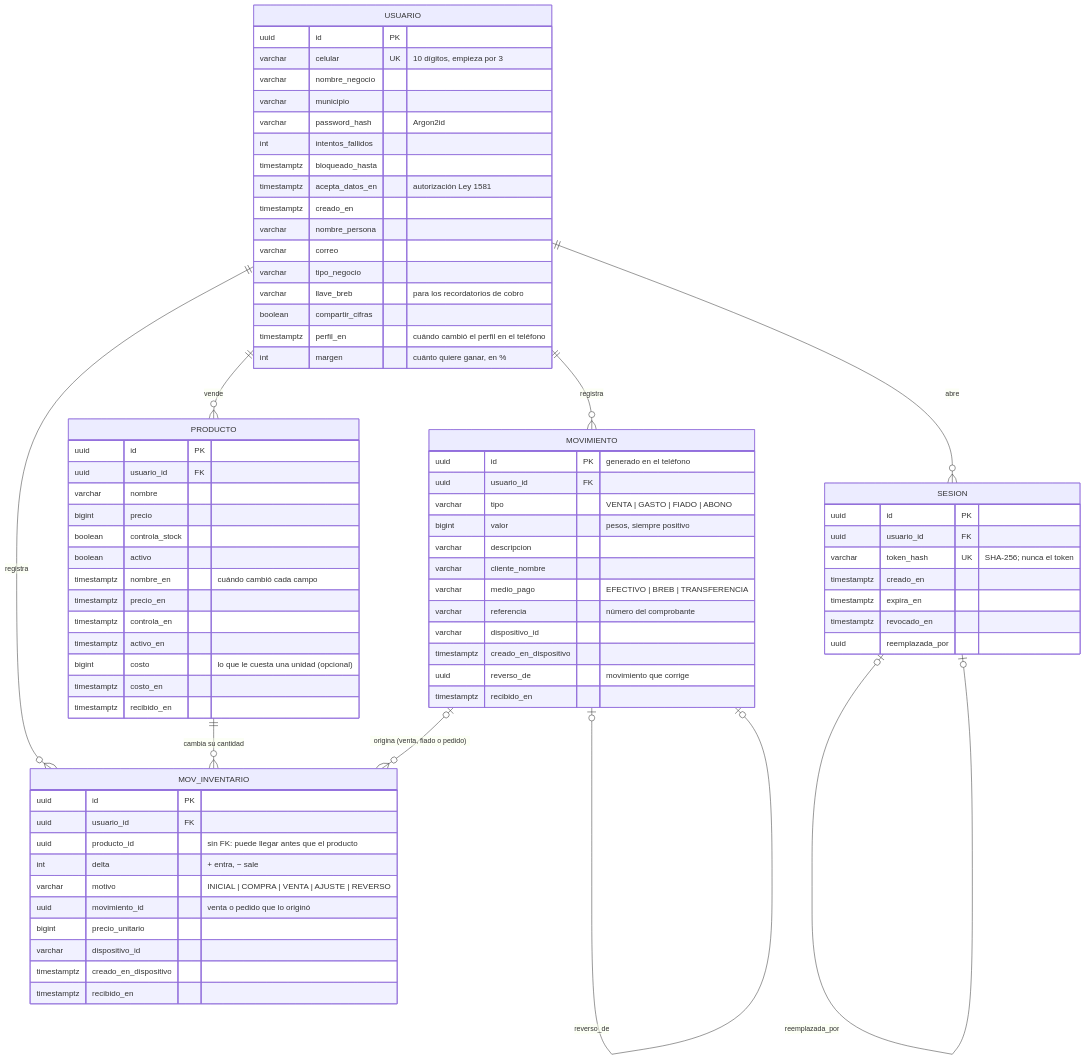
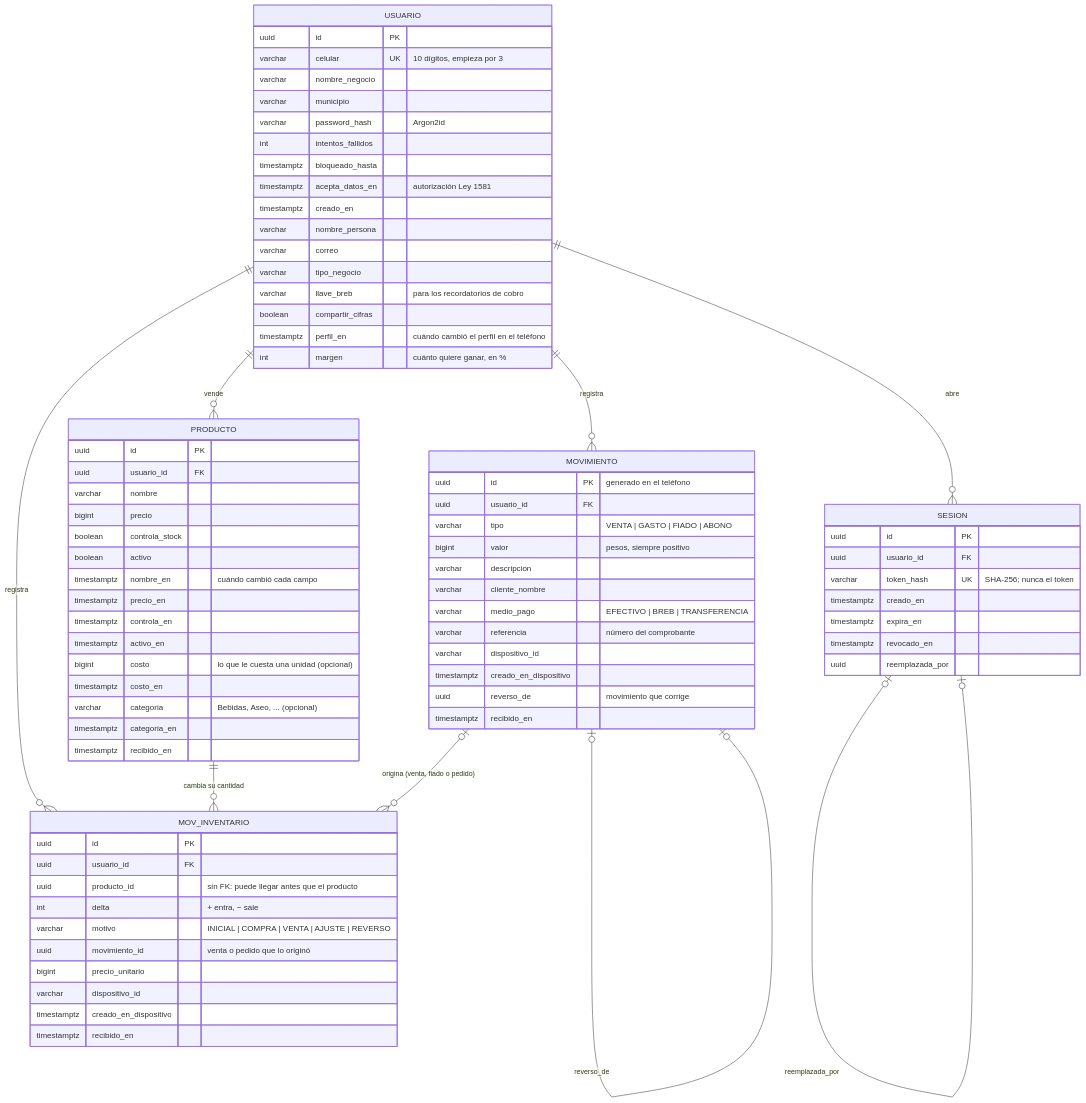
Before and after one commit to ricardomb-tech/caporal: the first of 2 diagrams in documentacion/04-modelo-entidad-relacion.md, drawn with Mermaid. The commit also changed other lines of this file and 19 other files, not shown here.

````diff
--- a/documentacion/04-modelo-entidad-relacion.md
+++ b/documentacion/04-modelo-entidad-relacion.md
@@ -14,80 +14,82 @@
 ```mermaid
 erDiagram
     USUARIO ||--o{ MOVIMIENTO : "registra"
     USUARIO ||--o{ PRODUCTO : "vende"
     USUARIO ||--o{ MOV_INVENTARIO : "registra"
     USUARIO ||--o{ SESION : "abre"
     PRODUCTO ||--o{ MOV_INVENTARIO : "cambia su cantidad"
     MOVIMIENTO |o--o{ MOV_INVENTARIO : "origina (venta, fiado o pedido)"
     MOVIMIENTO |o--o| MOVIMIENTO : "reverso_de"
     SESION |o--o| SESION : "reemplazada_por"
 
     USUARIO {
         uuid id PK
         varchar celular UK "10 dígitos, empieza por 3"
         varchar nombre_negocio
         varchar municipio
         varchar password_hash "Argon2id"
         int intentos_fallidos
         timestamptz bloqueado_hasta
         timestamptz acepta_datos_en "autorización Ley 1581"
         timestamptz creado_en
         varchar nombre_persona
         varchar correo
         varchar tipo_negocio
         varchar llave_breb "para los recordatorios de cobro"
         boolean compartir_cifras
         timestamptz perfil_en "cuándo cambió el perfil en el teléfono"
         int margen "cuánto quiere ganar, en %"
     }
     MOVIMIENTO {
         uuid id PK "generado en el teléfono"
         uuid usuario_id FK
         varchar tipo "VENTA | GASTO | FIADO | ABONO"
         bigint valor "pesos, siempre positivo"
         varchar descripcion
         varchar cliente_nombre
         varchar medio_pago "EFECTIVO | BREB | TRANSFERENCIA"
         varchar referencia "número del comprobante"
         varchar dispositivo_id
         timestamptz creado_en_dispositivo
         uuid reverso_de "movimiento que corrige"
         timestamptz recibido_en
     }
     PRODUCTO {
         uuid id PK
         uuid usuario_id FK
         varchar nombre
         bigint precio
         boolean controla_stock
         boolean activo
         timestamptz nombre_en "cuándo cambió cada campo"
         timestamptz precio_en
         timestamptz controla_en
         timestamptz activo_en
         bigint costo "lo que le cuesta una unidad (opcional)"
         timestamptz costo_en
+        varchar categoria "Bebidas, Aseo, ... (opcional)"
+        timestamptz categoria_en
         timestamptz recibido_en
     }
     MOV_INVENTARIO {
         uuid id PK
         uuid usuario_id FK
         uuid producto_id "sin FK: puede llegar antes que el producto"
         int delta "+ entra, − sale"
         varchar motivo "INICIAL | COMPRA | VENTA | AJUSTE | REVERSO"
         uuid movimiento_id "venta o pedido que lo originó"
         bigint precio_unitario
         varchar dispositivo_id
         timestamptz creado_en_dispositivo
         timestamptz recibido_en
     }
     SESION {
         uuid id PK
         uuid usuario_id FK
         varchar token_hash UK "SHA-256; nunca el token"
         timestamptz creado_en
         timestamptz expira_en
         timestamptz revocado_en
         uuid reemplazada_por
     }
 ```
````
